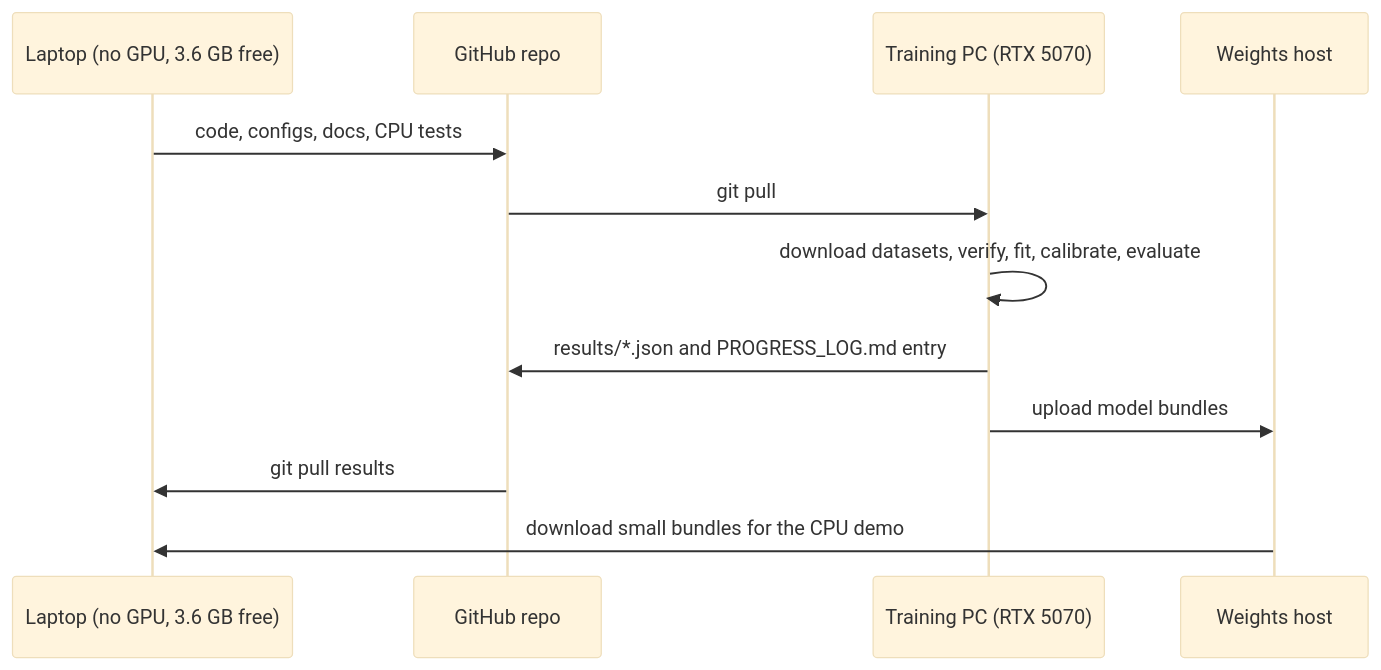
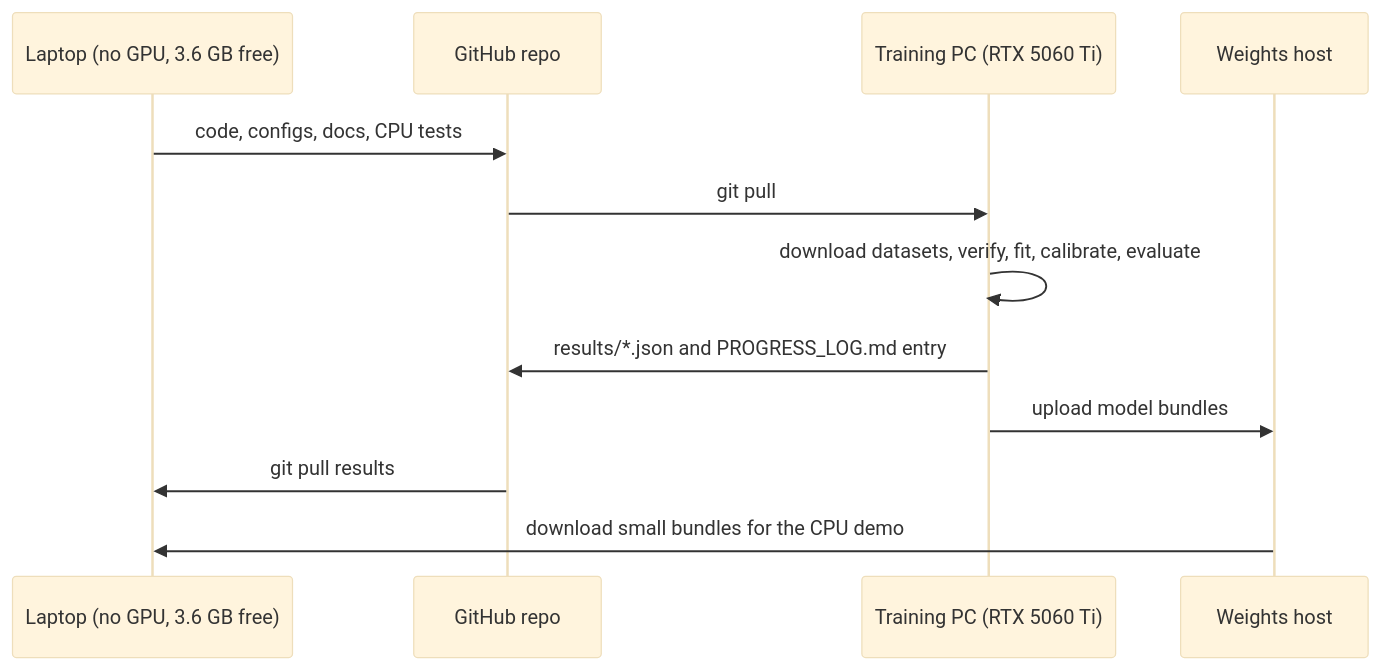
One commit to Zain-Shykh/LoomGuard changed diagram 13 of 13 in docs/ARCHITECTURE.md. Above: the diagram before and after it, drawn with Mermaid (base theme). The commit also changed other lines of this file and 8 other files, not shown here.

Commit message:
Training PC is an RTX 5060 Ti (16 GB): update docs, add D-59

````diff
--- a/docs/ARCHITECTURE.md
+++ b/docs/ARCHITECTURE.md
@@ -489,14 +489,14 @@
 ```mermaid
 sequenceDiagram
   participant L as Laptop (no GPU, 3.6 GB free)
   participant G as GitHub repo
-  participant P as Training PC (RTX 5070)
+  participant P as Training PC (RTX 5060 Ti)
   participant H as Weights host
   L->>G: code, configs, docs, CPU tests
   G->>P: git pull
   P->>P: download datasets, verify, fit, calibrate, evaluate
   P->>G: results/*.json and PROGRESS_LOG.md entry
   P->>H: upload model bundles
   G->>L: git pull results
   H->>L: download small bundles for the CPU demo
 ```
````
